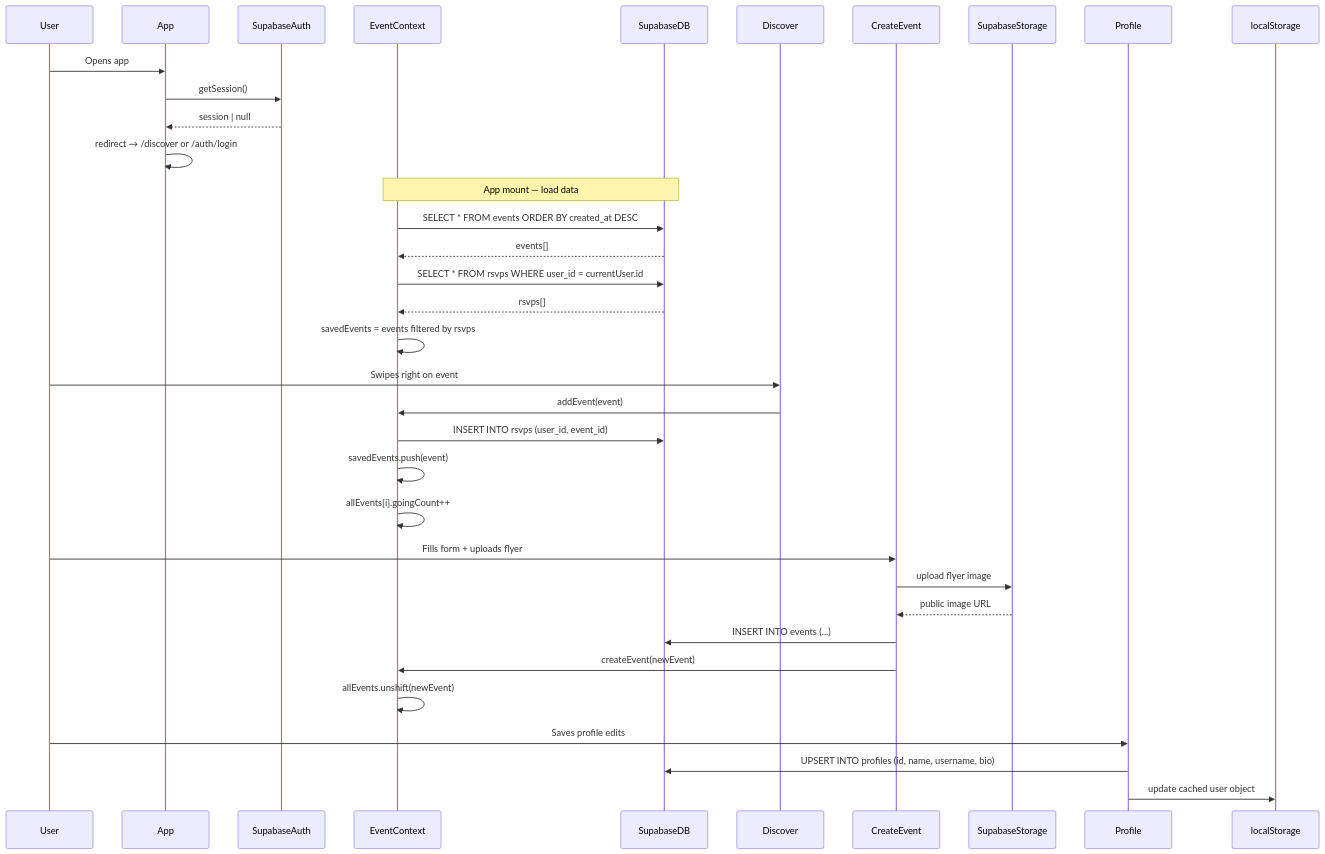
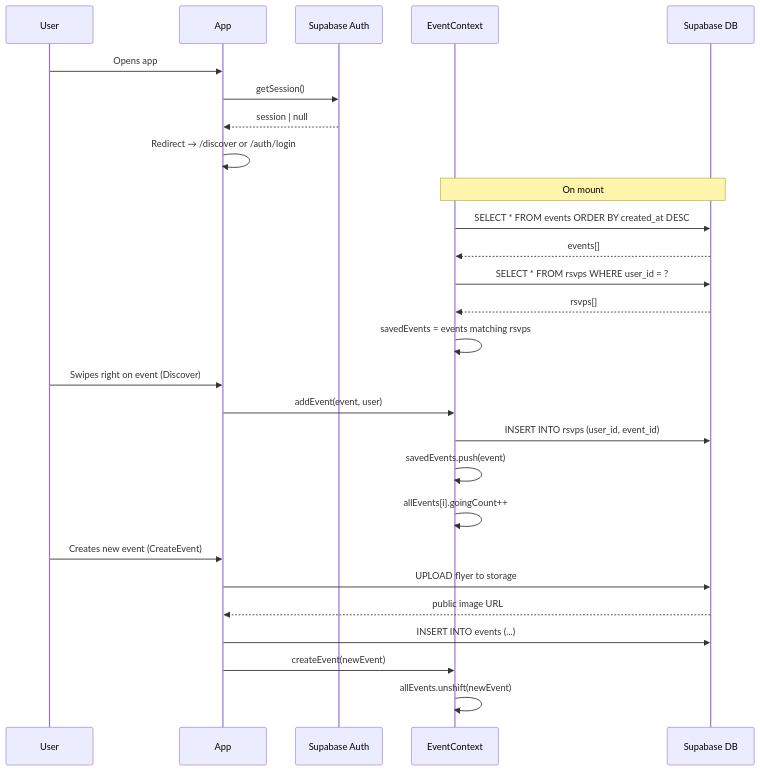
The fourth of 6 diagrams in docs/architecture/uml-diagrams.md (Aalbana20/campus-event-navigation), drawn with Mermaid before and after one commit. The commit also changed other lines of this file, not shown here.

Commit message:
Remove unused backend, add UML architecture diagrams

````diff
--- a/docs/architecture/uml-diagrams.md
+++ b/docs/architecture/uml-diagrams.md
@@ -156,37 +155,33 @@
 ```mermaid
 sequenceDiagram
     participant User
     participant App
-    participant SupabaseAuth
+    participant Supabase Auth
     participant EventContext
-    participant SupabaseDB
+    participant Supabase DB
 
     User->>App: Opens app
-    App->>SupabaseAuth: getSession()
-    SupabaseAuth-->>App: session | null
-    App->>App: redirect → /discover or /auth/login
+    App->>Supabase Auth: getSession()
+    Supabase Auth-->>App: session | null
+    App->>App: Redirect → /discover or /auth/login
 
-    Note over EventContext,SupabaseDB: App mount — load data
-    EventContext->>SupabaseDB: SELECT * FROM events ORDER BY created_at DESC
-    SupabaseDB-->>EventContext: events[]
-    EventContext->>SupabaseDB: SELECT * FROM rsvps WHERE user_id = currentUser.id
-    SupabaseDB-->>EventContext: rsvps[]
-    EventContext->>EventContext: savedEvents = events filtered by rsvps
+    Note over EventContext, Supabase DB: On mount
+    EventContext->>Supabase DB: SELECT * FROM events ORDER BY created_at DESC
+    Supabase DB-->>EventContext: events[]
+    EventContext->>Supabase DB: SELECT * FROM rsvps WHERE user_id = ?
+    Supabase DB-->>EventContext: rsvps[]
+    EventContext->>EventContext: savedEvents = events matching rsvps
 
-    User->>Discover: Swipes right on event
-    Discover->>EventContext: addEvent(event)
-    EventContext->>SupabaseDB: INSERT INTO rsvps (user_id, event_id)
+    User->>App: Swipes right on event (Discover)
+    App->>EventContext: addEvent(event, user)
+    EventContext->>Supabase DB: INSERT INTO rsvps (user_id, event_id)
     EventContext->>EventContext: savedEvents.push(event)
     EventContext->>EventContext: allEvents[i].goingCount++
 
-    User->>CreateEvent: Fills form + uploads flyer
-    CreateEvent->>SupabaseStorage: upload flyer image
-    SupabaseStorage-->>CreateEvent: public image URL
-    CreateEvent->>SupabaseDB: INSERT INTO events (...)
-    CreateEvent->>EventContext: createEvent(newEvent)
+    User->>App: Creates new event (CreateEvent)
+    App->>Supabase DB: UPLOAD flyer to storage
+    Supabase DB-->>App: public image URL
+    App->>Supabase DB: INSERT INTO events (...)
+    App->>EventContext: createEvent(newEvent)
     EventContext->>EventContext: allEvents.unshift(newEvent)
-
-    User->>Profile: Saves profile edits
-    Profile->>SupabaseDB: UPSERT INTO profiles (id, name, username, bio)
-    Profile->>localStorage: update cached user object
 ```
````
